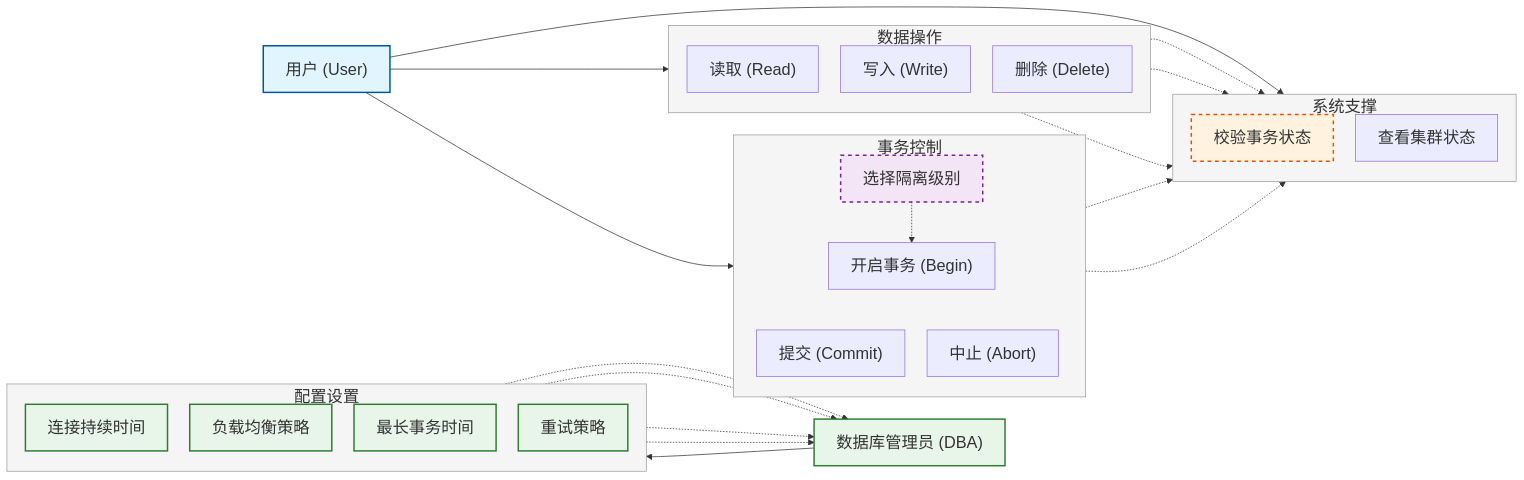
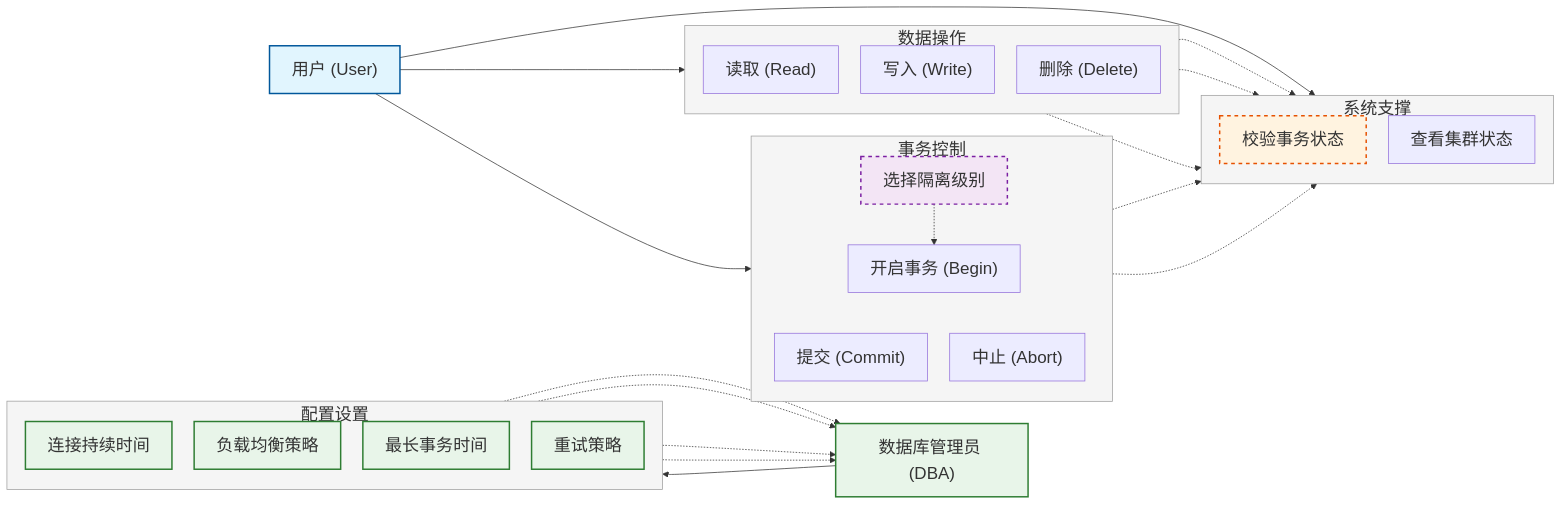
One commit to ZhangJihua0327/master-thesis changed the diagram in figures/mmd/usercase.mmd. Above: the diagram before and after it, drawn with Mermaid. The commit also changed 8 other files, not shown here.

```diff
--- a/figures/mmd/usercase.mmd
+++ b/figures/mmd/usercase.mmd
@@ -1,77 +1,77 @@
-%%{init: {'theme': 'default', 'themeVariables': {'fontSize': '22px', 'noteFontSize': '20px'}, 'flowchart': {'nodeSpacing': 30, 'rankSpacing': 30}}}%%
+%%{init: {'theme': 'default', 'themeVariables': {'fontSize': '23px', 'noteFontSize': '21px'}, 'flowchart': {'nodeSpacing': 30, 'rankSpacing': 30}}}%%
 flowchart LR
     direction LR
     
     User["用户 (User)"]
     DBA["数据库管理员 (DBA)"]
     
     subgraph TxnControl["事务控制"]
         direction TB
         UC_Begin["开启事务 (Begin)"]
         UC_Isolation["选择隔离级别"]
         UC_Commit["提交 (Commit)"]
         UC_Abort["中止 (Abort)"]
     end
     
     subgraph DataOps["数据操作"]
         direction TB
         UC_Read["读取 (Read)"]
         UC_Write["写入 (Write)"]
         UC_Delete["删除 (Delete)"]
     end
     
     subgraph Config["配置设置"]
         direction TB
         UC_ConnDuration["连接持续时间"]
         UC_LBStrategy["负载均衡策略"]
         UC_TxnTimeout["最长事务时间"]
         UC_RetryPolicy["重试策略"]
     end
     
     subgraph System["系统支撑"]
         direction TB
         UC_Validate["校验事务状态"]
         UC_Status["查看集群状态"]
     end
 
     %% 用户连接事务控制、数据操作、系统支撑
     User --> TxnControl
     User --> DataOps
     User --> System
 
     %% 数据库管理员连接配置设置
     DBA --> Config
 
     %% 事务内部逻辑
     UC_Isolation -.-> UC_Begin
     UC_Begin ~~~ UC_Commit
     UC_Begin ~~~ UC_Abort
     
     %% 数据操作依赖校验
     UC_Read -.-> UC_Validate
     UC_Write -.-> UC_Validate
     UC_Delete -.-> UC_Validate
     
     %% 提交/中止也依赖校验
     UC_Commit -.-> UC_Validate
     UC_Abort -.-> UC_Validate
     
     %% 配置项与管理员关联
     UC_ConnDuration -.-> DBA
     UC_LBStrategy -.-> DBA
     UC_TxnTimeout -.-> DBA
     UC_RetryPolicy -.-> DBA
 
     %% 样式定义
     style User fill:#e1f5fe,stroke:#01579b,stroke-width:2px
     style DBA fill:#e8f5e9,stroke:#2e7d32,stroke-width:2px
     style UC_Isolation fill:#f3e5f5,stroke:#7b1fa2,stroke-width:2px,stroke-dasharray:5 5
     style UC_Validate fill:#fff3e0,stroke:#e65100,stroke-width:2px,stroke-dasharray:5 5
     style UC_ConnDuration fill:#e8f5e9,stroke:#2e7d32,stroke-width:2px
     style UC_LBStrategy fill:#e8f5e9,stroke:#2e7d32,stroke-width:2px
     style UC_TxnTimeout fill:#e8f5e9,stroke:#2e7d32,stroke-width:2px
     style UC_RetryPolicy fill:#e8f5e9,stroke:#2e7d32,stroke-width:2px
     style TxnControl fill:#f5f5f5,stroke:#9e9e9e,stroke-width:1px
     style DataOps fill:#f5f5f5,stroke:#9e9e9e,stroke-width:1px
     style Config fill:#f5f5f5,stroke:#9e9e9e,stroke-width:1px
     style System fill:#f5f5f5,stroke:#9e9e9e,stroke-width:1px
```
